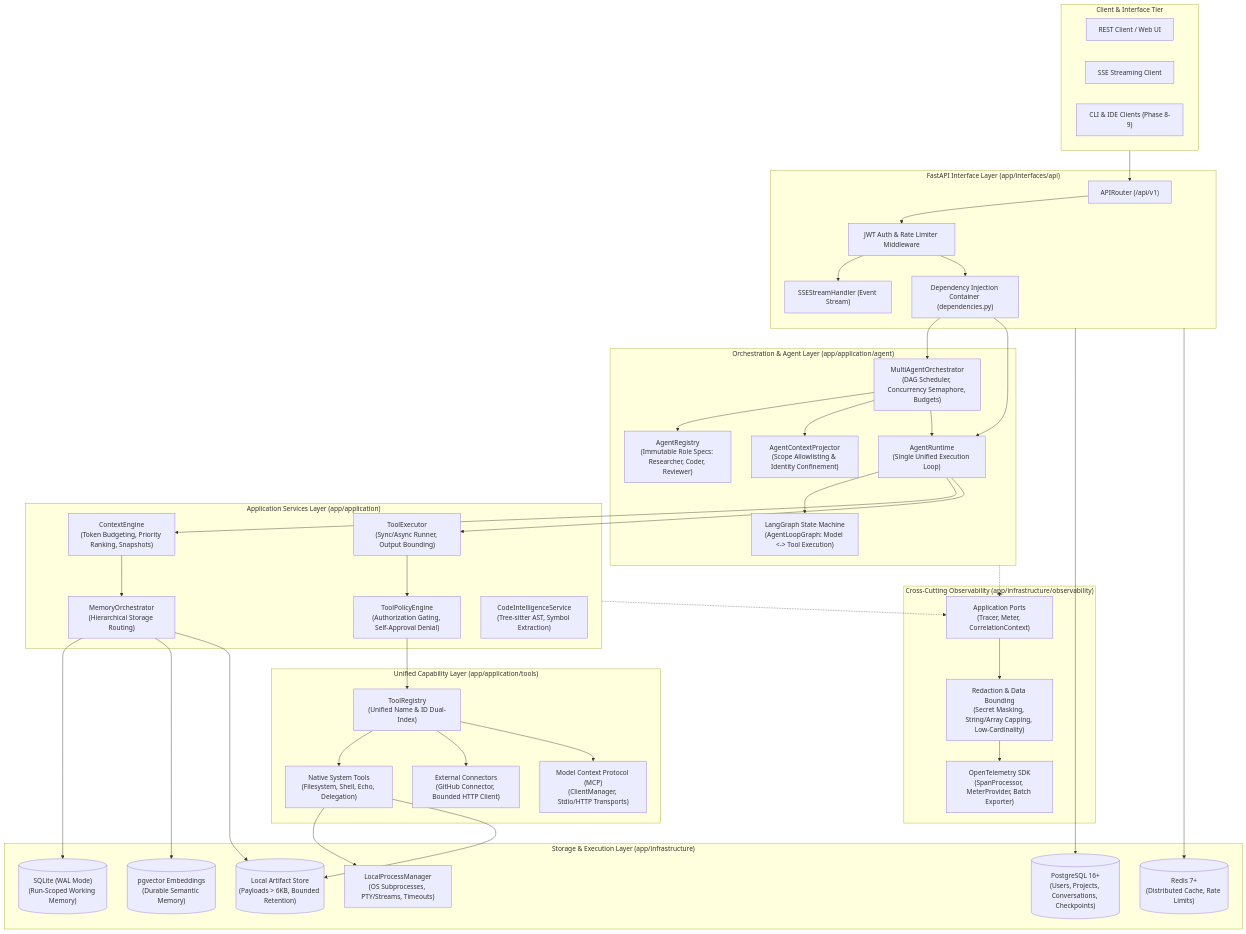
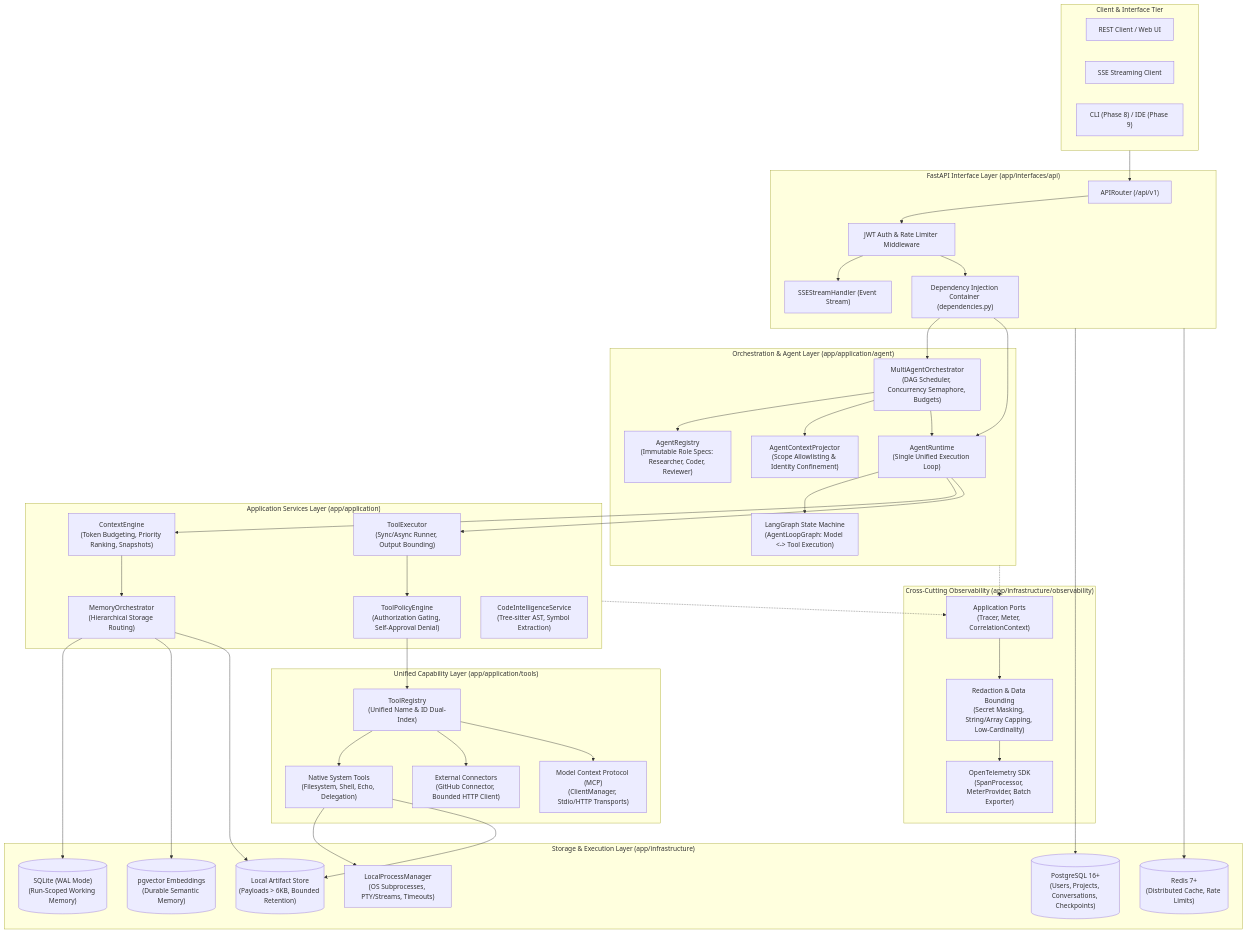
Before and after one commit to Navin45/bytebuddhi: the diagram in docs/system_architecture.mermaid, drawn with Mermaid. The commit also changed 32 other files, not shown here.

```diff
--- a/docs/system_architecture.mermaid
+++ b/docs/system_architecture.mermaid
@@ -1,97 +1,97 @@
 flowchart TB
     %% Client Tier
     subgraph Clients["Client & Interface Tier"]
         REST_API["REST Client / Web UI"]
         SSE_Stream["SSE Streaming Client"]
-        CLI_IDE["CLI & IDE Clients (Phase 8-9)"]
+        CLI_IDE["CLI (Phase 8) / IDE (Phase 9)"]
     end
 
     %% Gateway & API Tier
     subgraph APILayer["FastAPI Interface Layer (app/interfaces/api)"]
         Router["APIRouter (/api/v1)"]
         AuthMiddleware["JWT Auth & Rate Limiter Middleware"]
         SSEHandler["SSEStreamHandler (Event Stream)"]
         APIDependencies["Dependency Injection Container (dependencies.py)"]
     end
 
     %% Orchestration & Runtime Tier
     subgraph OrchestrationLayer["Orchestration & Agent Layer (app/application/agent)"]
         Orchestrator["MultiAgentOrchestrator\n(DAG Scheduler, Concurrency Semaphore, Budgets)"]
         AgentRegistry["AgentRegistry\n(Immutable Role Specs: Researcher, Coder, Reviewer)"]
         Projector["AgentContextProjector\n(Scope Allowlisting & Identity Confinement)"]
         AgentRuntime["AgentRuntime\n(Single Unified Execution Loop)"]
         LangGraphLoop["LangGraph State Machine\n(AgentLoopGraph: Model <-> Tool Execution)"]
     end
 
     %% Core Application Services Tier
     subgraph CoreServices["Application Services Layer (app/application)"]
         ContextEngine["ContextEngine\n(Token Budgeting, Priority Ranking, Snapshots)"]
         MemoryOrchestrator["MemoryOrchestrator\n(Hierarchical Storage Routing)"]
         ToolExecutor["ToolExecutor\n(Sync/Async Runner, Output Bounding)"]
         ToolPolicy["ToolPolicyEngine\n(Authorization Gating, Self-Approval Denial)"]
         CodeService["CodeIntelligenceService\n(Tree-sitter AST, Symbol Extraction)"]
     end
 
     %% Capabilities Tier
     subgraph CapabilityLayer["Unified Capability Layer (app/application/tools)"]
         CapabilityRegistry["ToolRegistry\n(Unified Name & ID Dual-Index)"]
         NativeTools["Native System Tools\n(Filesystem, Shell, Echo, Delegation)"]
         GitHubConnector["External Connectors\n(GitHub Connector, Bounded HTTP Client)"]
         MCPClientMgr["Model Context Protocol (MCP)\n(ClientManager, Stdio/HTTP Transports)"]
     end
 
     %% Cross-Cutting Observability Tier
     subgraph ObservabilityLayer["Cross-Cutting Observability (app/infrastructure/observability)"]
         AppPorts["Application Ports\n(Tracer, Meter, CorrelationContext)"]
         OTelSdk["OpenTelemetry SDK\n(SpanProcessor, MeterProvider, Batch Exporter)"]
         RedactionPolicy["Redaction & Data Bounding\n(Secret Masking, String/Array Capping, Low-Cardinality)"]
     end
 
     %% Persistence & OS Tier
     subgraph PersistenceLayer["Storage & Execution Layer (app/infrastructure)"]
         PostgresDB[("PostgreSQL 16+\n(Users, Projects, Conversations, Checkpoints)")]
         PGVector[("pgvector Embeddings\n(Durable Semantic Memory)")]
         SQLiteWAL[("SQLite (WAL Mode)\n(Run-Scoped Working Memory)")]
         RedisCache[("Redis 7+\n(Distributed Cache, Rate Limits)")]
         ArtifactStore[("Local Artifact Store\n(Payloads > 6KB, Bounded Retention)")]
         ProcessManager["LocalProcessManager\n(OS Subprocesses, PTY/Streams, Timeouts)"]
     end
 
     %% Connections
     Clients --> Router
     Router --> AuthMiddleware
     AuthMiddleware --> SSEHandler
     AuthMiddleware --> APIDependencies
 
     APIDependencies --> Orchestrator
     APIDependencies --> AgentRuntime
 
     Orchestrator --> AgentRegistry
     Orchestrator --> Projector
     Orchestrator --> AgentRuntime
 
     AgentRuntime --> LangGraphLoop
     AgentRuntime --> ContextEngine
     AgentRuntime --> ToolExecutor
 
     ContextEngine --> MemoryOrchestrator
     MemoryOrchestrator --> SQLiteWAL
     MemoryOrchestrator --> PGVector
     MemoryOrchestrator --> ArtifactStore
 
     ToolExecutor --> ToolPolicy
     ToolPolicy --> CapabilityRegistry
     CapabilityRegistry --> NativeTools
     CapabilityRegistry --> GitHubConnector
     CapabilityRegistry --> MCPClientMgr
 
     NativeTools --> ProcessManager
     NativeTools --> ArtifactStore
 
     CoreServices -.-> AppPorts
     OrchestrationLayer -.-> AppPorts
     AppPorts --> RedactionPolicy
     RedactionPolicy --> OTelSdk
 
     APILayer --> PostgresDB
     APILayer --> RedisCache
```
